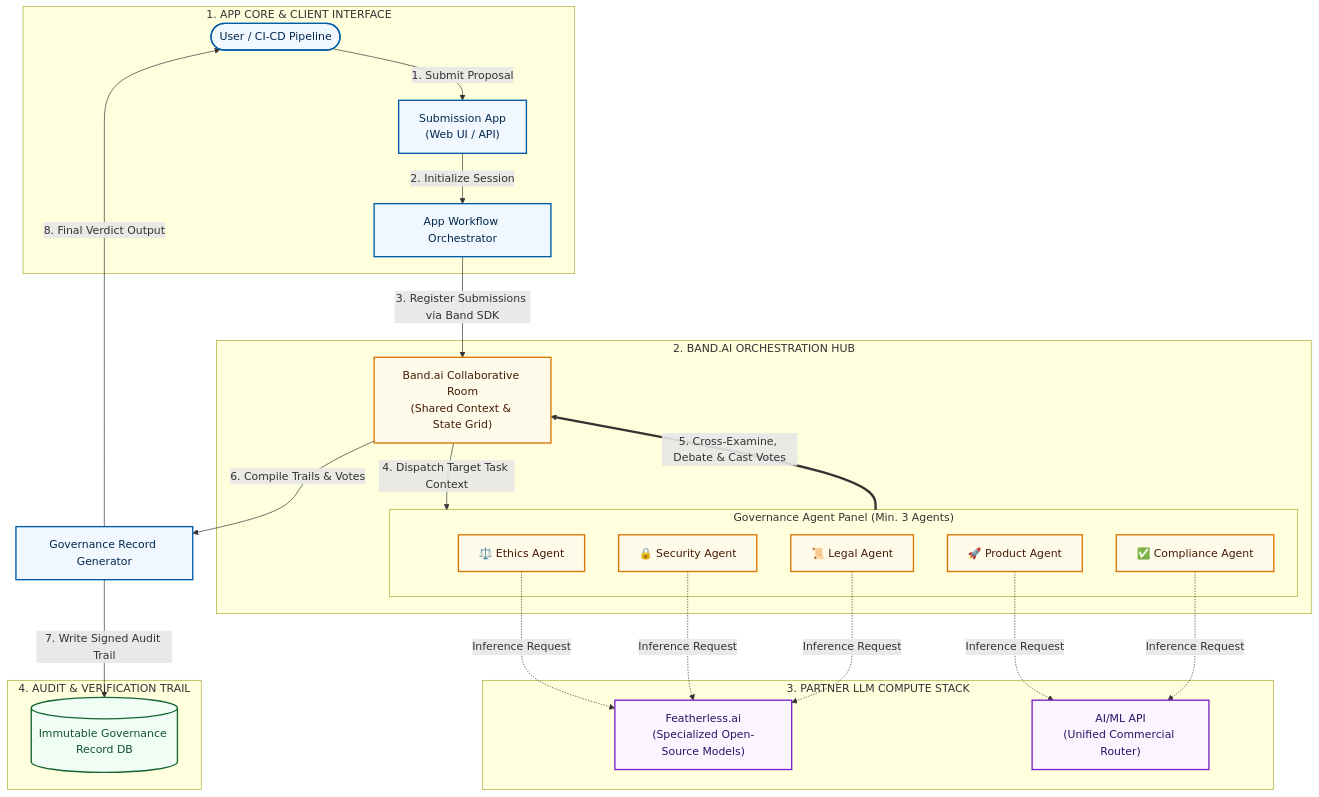
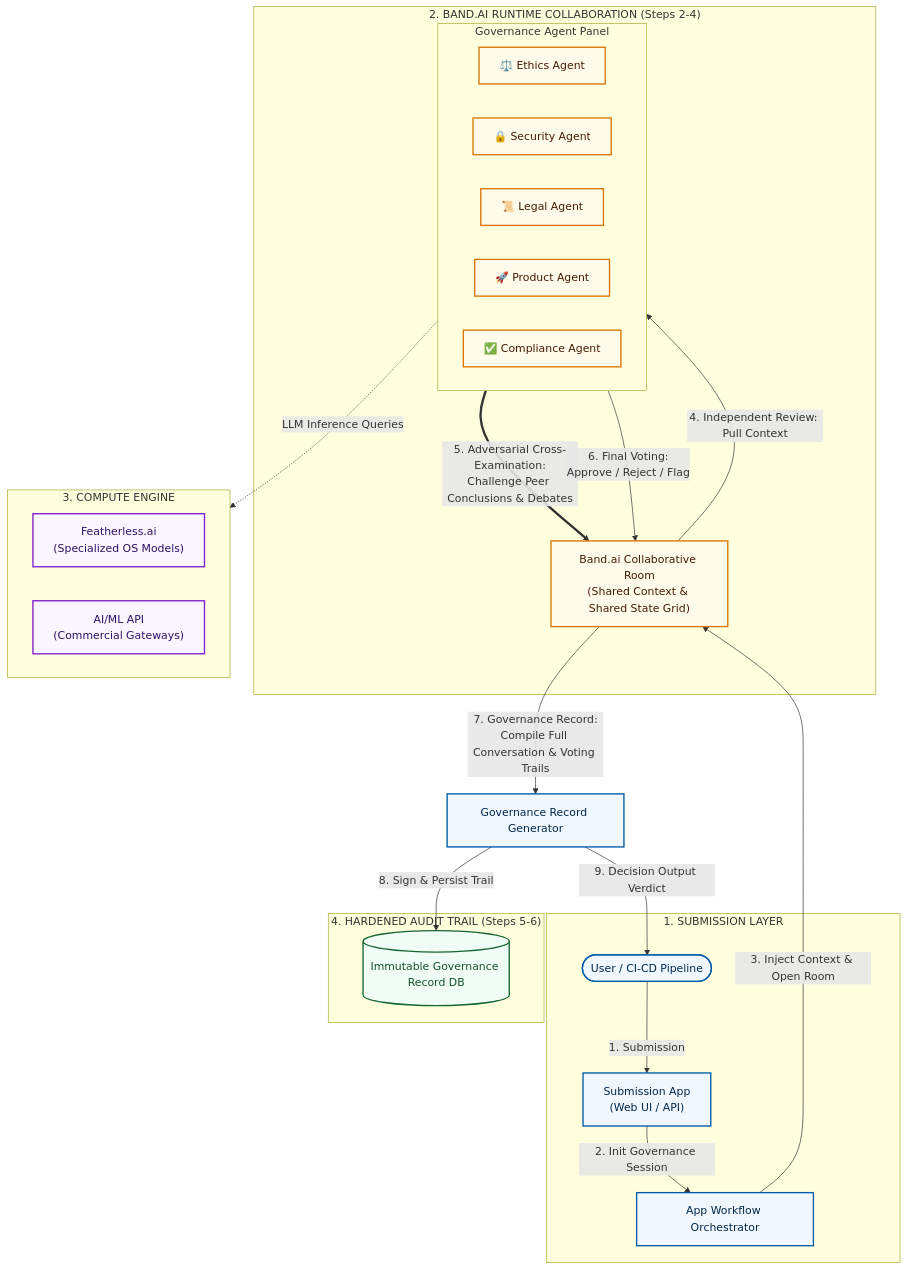
Before and after one commit to ariusxscourger/The-AI-Charter: the diagram in README.md, drawn with Mermaid.

Commit message:
Refactor flowchart in README to clarify submission and collaboration phases, enhancing readability and structure

````diff
--- a/README.md
+++ b/README.md
@@ -53,63 +53,59 @@
 ```mermaid
 flowchart TD
     %% Modern Premium Theme Configuration
     classDef app fill:#f0f7ff,stroke:#005ca9,stroke-width:2px,color:#00284d;
     classDef band fill:#fffbeb,stroke:#d97706,stroke-width:2px,color:#451a03;
     classDef compute fill:#faf5ff,stroke:#7e22ce,stroke-width:2px,color:#2e1065;
     classDef storage fill:#f0fdf4,stroke:#166534,stroke-width:2px,color:#14532d;
 
-    %% 1. Application Layer
-    subgraph AppLayer ["1. APP CORE & CLIENT INTERFACE"]
-        Pipeline(["User / CI-CD Pipeline"]) -->|1. Submit Proposal| WebUI["Submission App<br>(Web UI / API)"]
-        WebUI -->|2. Initialize Session| Orchestrator["App Workflow Orchestrator"]
+    %% 1. Submission Phase
+    subgraph AppLayer ["1. SUBMISSION LAYER"]
+        Pipeline(["User / CI-CD Pipeline"]) -->|1. Submission| WebUI["Submission App<br>(Web UI / API)"]
+        WebUI -->|2. Init Governance Session| Orchestrator["App Workflow Orchestrator"]
     end
 
-    %% 2. Band.ai Collaboration Layer
-    subgraph BandLayer ["2. BAND.AI ORCHESTRATION HUB"]
-        Room["Band.ai Collaborative Room<br>(Shared Context & State Grid)"]
+    %% 2. Shared Collaboration Phase
+    subgraph BandLayer ["2. BAND.AI RUNTIME COLLABORATION (Steps 2-4)"]
+        Room["Band.ai Collaborative Room<br>(Shared Context & Shared State Grid)"]
 
-        subgraph Panel ["Governance Agent Panel (Min. 3 Agents)"]
+        subgraph Panel ["Governance Agent Panel"]
             Eth["⚖️ Ethics Agent"]
             Sec["🔒 Security Agent"]
             Leg["📜 Legal Agent"]
             Prod["🚀 Product Agent"]
             Comp["✅ Compliance Agent"]
         end
     end
 
-    %% Connect App to Band Room Space
-    Orchestrator -->|3. Register Submissions via Band SDK| Room
+    %% Step 2 & 3: Briefing and Inference
+    Orchestrator -->|3. Inject Context & Open Room| Room
+    Room -->|4. Independent Review: Pull Context| Panel
 
-    %% Clear Unidirectional Data Loops
-    Room -->|4. Dispatch Target Task Context| Panel
-    Panel ==>|5. Cross-Examine, Debate & Cast Votes| Room
-
-    %% 3. Compute Infrastructure Layer
-    subgraph ComputeLayer ["3. PARTNER LLM COMPUTE STACK"]
-        Feather["Featherless.ai<br>(Specialized Open-Source Models)"]
-        AIML["AI/ML API<br>(Unified Commercial Router)"]
+    %% Compute Infrastructure
+    subgraph ComputeLayer ["3. COMPUTE ENGINE"]
+        Feather["Featherless.ai<br>(Specialized OS Models)"]
+        AIML["AI/ML API<br>(Commercial Gateways)"]
     end
 
-    %% Agents requesting Inference
-    Eth -.->|Inference Request| Feather
-    Sec -.->|Inference Request| Feather
-    Leg -.->|Inference Request| Feather
-    Prod -.->|Inference Request| AIML
-    Comp -.->|Inference Request| AIML
+    Panel -.->|LLM Inference Queries| ComputeLayer
 
-    %% 4. Storage & Record Finalization
-    subgraph StorageLayer ["4. AUDIT & VERIFICATION TRAIL"]
+    %% Step 4 & 5: Peer Cross-Exam & Collaborative Voting
+    Panel ==>|5. Adversarial Cross-Examination:<br>Challenge Peer Conclusions & Debates| Room
+    Panel -->|6. Final Voting:<br>Approve / Reject / Flag| Room
+
+    %% 4. Governance Record & Output Phase
+    subgraph StorageLayer ["4. HARDENED AUDIT TRAIL (Steps 5-6)"]
         Ledger[("Immutable Governance Record DB")]
     end
 
     %% Final Resolution Path Out of Band Room
-    Room -->|6. Compile Trails & Votes| RecordGen["Governance Record Generator"]
-    RecordGen -->|7. Write Signed Audit Trail| Ledger
-    RecordGen -->|8. Final Verdict Output| Pipeline
+    Room -->|7. Governance Record:<br>Compile Full Conversation & Voting Trails| RecordGen["Governance Record Generator"]
+    RecordGen -->|8. Sign & Persist Trail| Ledger
+    RecordGen -->|9. Decision Output Verdict| Pipeline
 
-    %% Style Classes
+    %% Assigning Modern Style Classes
     class Pipeline,WebUI,Orchestrator,RecordGen app;
     class Room,Eth,Sec,Leg,Prod,Comp band;
     class Feather,AIML compute;
     class Ledger storage;
 ```
````
